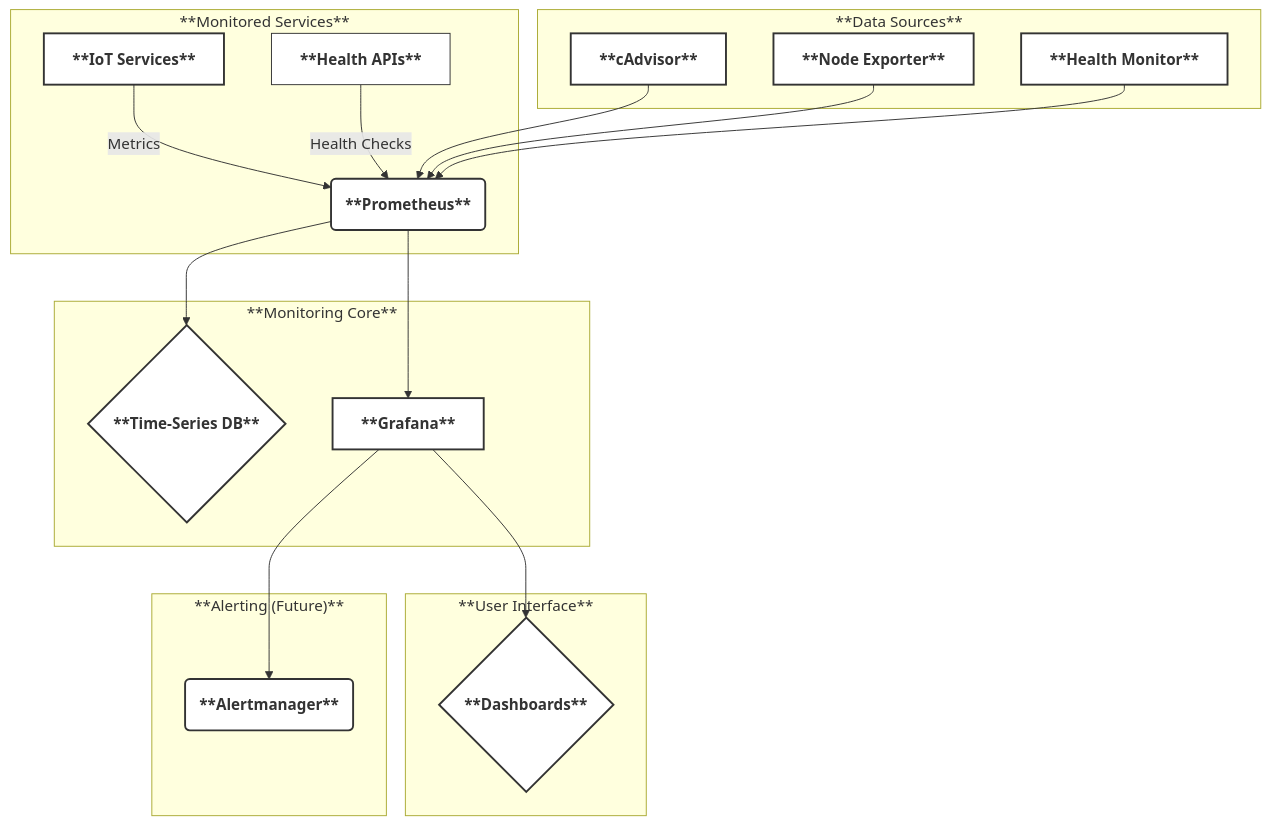
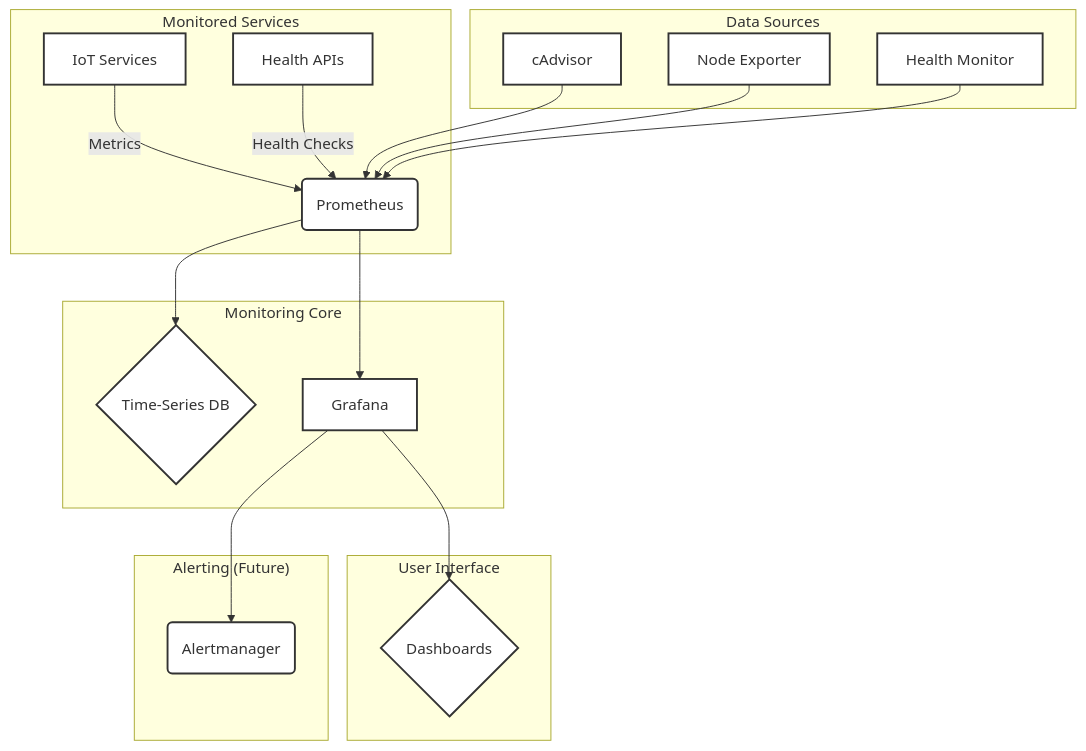
Before and after one commit to amoyavt/POC_MQTT: the diagram in docs/monitoring/overview.md, drawn with Mermaid. The commit also changed other lines of this file and 13 other files, not shown here.

Commit message:
Refactor documentation and code commands for F2 Smart Controller IoT architecture

````diff
--- a/docs/monitoring/overview.md
+++ b/docs/monitoring/overview.md
@@ -9,37 +9,37 @@
 ```mermaid
 graph TD
-    subgraph "**Monitored Services**"
-        A["**IoT Services**"] -->|Metrics| B("**Prometheus**")
-        C["**Health APIs**"] -->|Health Checks| B
+    subgraph "Monitored Services"
+        A["IoT Services"] -->|Metrics| B("Prometheus")
+        C["Health APIs"] -->|Health Checks| B
     end
 
-    subgraph "**Monitoring Core**"
-        B --> D{"**Time-Series DB**"}
-        B --> E["**Grafana**"]
+    subgraph "Monitoring Core"
+        B --> D{"Time-Series DB"}
+        B --> E["Grafana"]
     end
 
-    subgraph "**Data Sources**"
-        F["**cAdvisor**"] --> B
-        G["**Node Exporter**"] --> B
-        H["**Health Monitor**"] --> B
+    subgraph "Data Sources"
+        F["cAdvisor"] --> B
+        G["Node Exporter"] --> B
+        H["Health Monitor"] --> B
     end
 
-    subgraph "**User Interface**"
-        E --> I{"**Dashboards**"}
+    subgraph "User Interface"
+        E --> I{"Dashboards"}
     end
 
-    subgraph "**Alerting (Future)**"
-        E --> J("**Alertmanager**")
+    subgraph "Alerting (Future)"
+        E --> J("Alertmanager")
     end
 
-    style A fill:#fff,stroke:#333,stroke-width:2px,font-weight:bold
-    style B fill:#fff,stroke:#333,stroke-width:2px,font-weight:bold
-    style C fill:#fff,stroke:#333,stroke-weight:2px,font-weight:bold
-    style D fill:#fff,stroke:#333,stroke-width:2px,font-weight:bold
-    style E fill:#fff,stroke:#333,stroke-width:2px,font-weight:bold
-    style F fill:#fff,stroke:#333,stroke-width:2px,font-weight:bold
-    style G fill:#fff,stroke:#333,stroke-width:2px,font-weight:bold
-    style H fill:#fff,stroke:#333,stroke-width:2px,font-weight:bold
-    style I fill:#fff,stroke:#333,stroke-width:2px,font-weight:bold
-    style J fill:#fff,stroke:#333,stroke-width:2px,font-weight:bold
+    style A fill:#fff,stroke:#333,stroke-width:2px
+    style B fill:#fff,stroke:#333,stroke-width:2px
+    style C fill:#fff,stroke:#333,stroke-width:2px
+    style D fill:#fff,stroke:#333,stroke-width:2px
+    style E fill:#fff,stroke:#333,stroke-width:2px
+    style F fill:#fff,stroke:#333,stroke-width:2px
+    style G fill:#fff,stroke:#333,stroke-width:2px
+    style H fill:#fff,stroke:#333,stroke-width:2px
+    style I fill:#fff,stroke:#333,stroke-width:2px
+    style J fill:#fff,stroke:#333,stroke-width:2px
 ```
````
